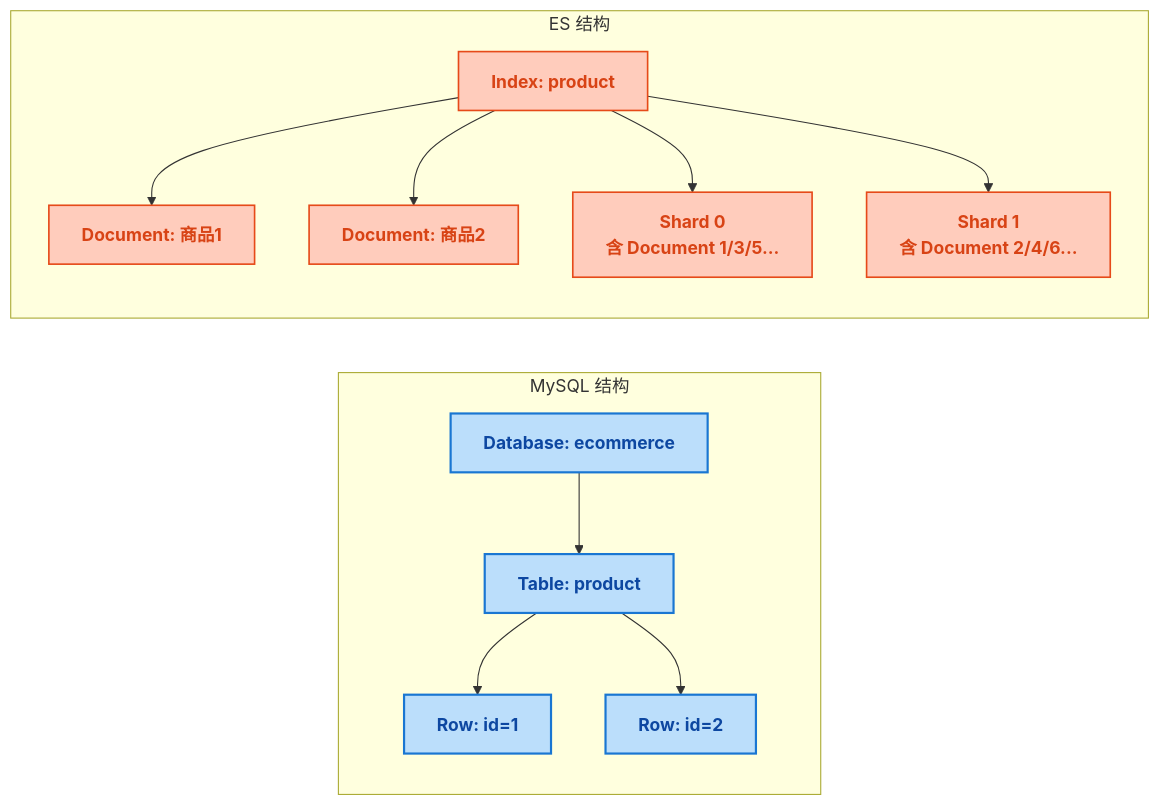
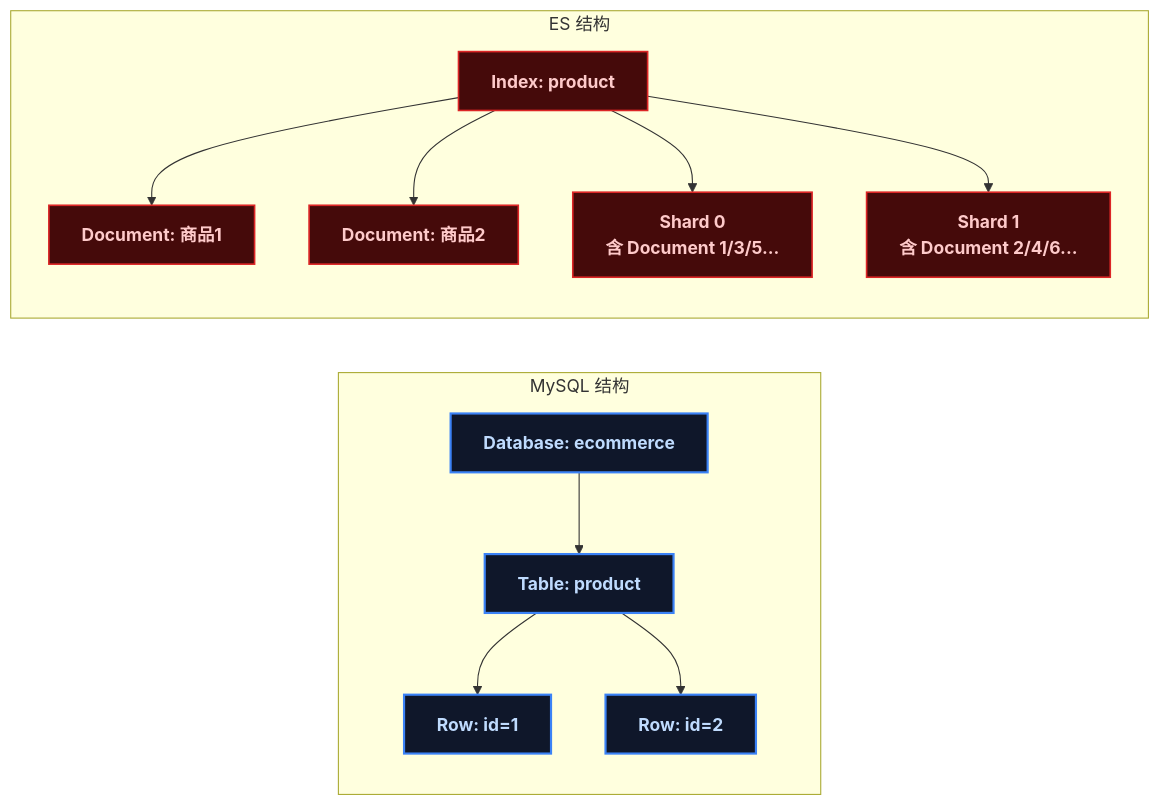
One commit to yaocat55/yaocat55.github.io changed the first of 4 diagrams in content/posts/elasticsearch/ESFundamentals.md. Above: the diagram before and after it, drawn with Mermaid. The commit also changed other lines of this file and 155 other files, not shown here.

````diff
--- a/content/posts/elasticsearch/ESFundamentals.md
+++ b/content/posts/elasticsearch/ESFundamentals.md
@@ -96,21 +96,21 @@
 ```mermaid
 flowchart LR
-    classDef mysql fill:#BBDEFB,stroke:#1976D2,stroke-width:2px,color:#0D47A1,font-weight:bold;
-    classDef es fill:#FFCCBC,stroke:#E64A19,stroke-width:1.5px,color:#D84315,font-weight:bold;
+classDef mysql fill:#0f172a,stroke:#3b82f6,stroke-width:2px,color:#bfdbfe,font-weight:bold;
+classDef es fill:#450a0a,stroke:#dc2626,stroke-width:1.5px,color:#fecaca,font-weight:bold;
 
     subgraph MYSQL_SIDE ["MySQL 结构"]
         DB[Database: ecommerce] --> TBL1[Table: product]
         TBL1 --> ROW1[Row: id=1]
         TBL1 --> ROW2[Row: id=2]
     end
 
     subgraph ES_SIDE ["ES 结构"]
         IDX[Index: product] --> DOC1[Document: 商品1]
         IDX --> DOC2[Document: 商品2]
-        IDX --> S1[Shard 0 <br/>含 Document 1/3/5...]
-        IDX --> S2[Shard 1 <br/>含 Document 2/4/6...]
+        IDX --> S1[Shard 0 \n含 Document 1/3/5...]
+        IDX --> S2[Shard 1 \n含 Document 2/4/6...]
     end
 
     class DB,TBL1,ROW1,ROW2 mysql;
     class IDX,DOC1,DOC2,S1,S2 es;
 ```
````
